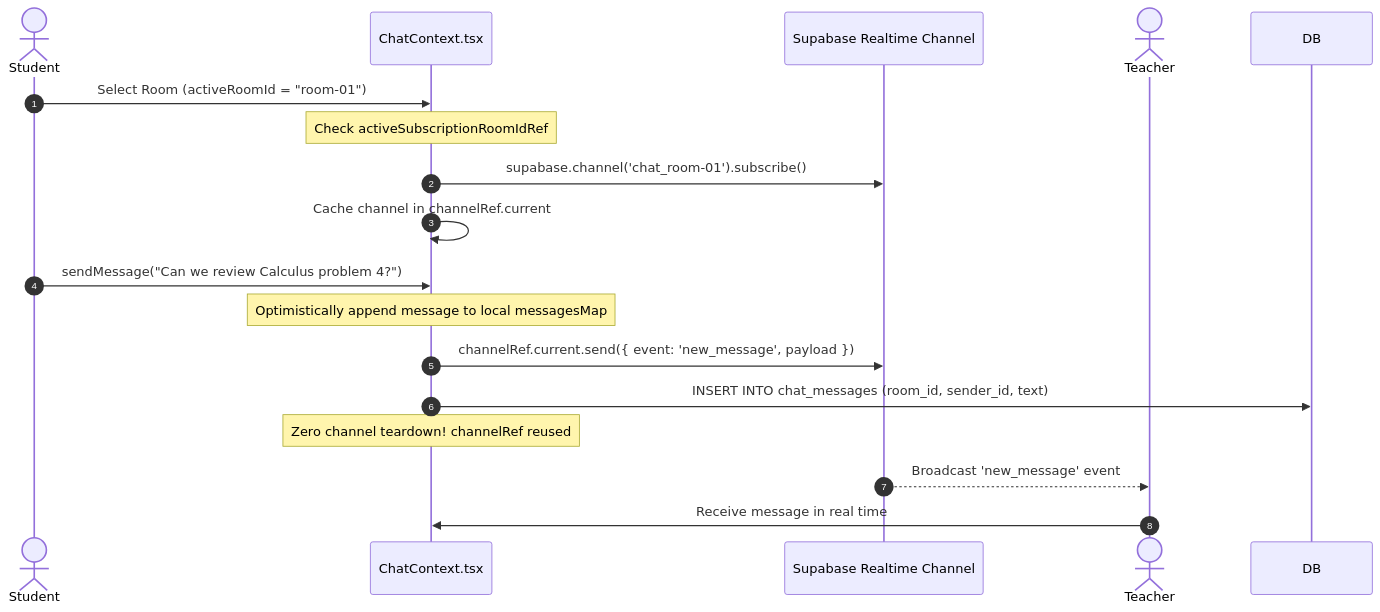
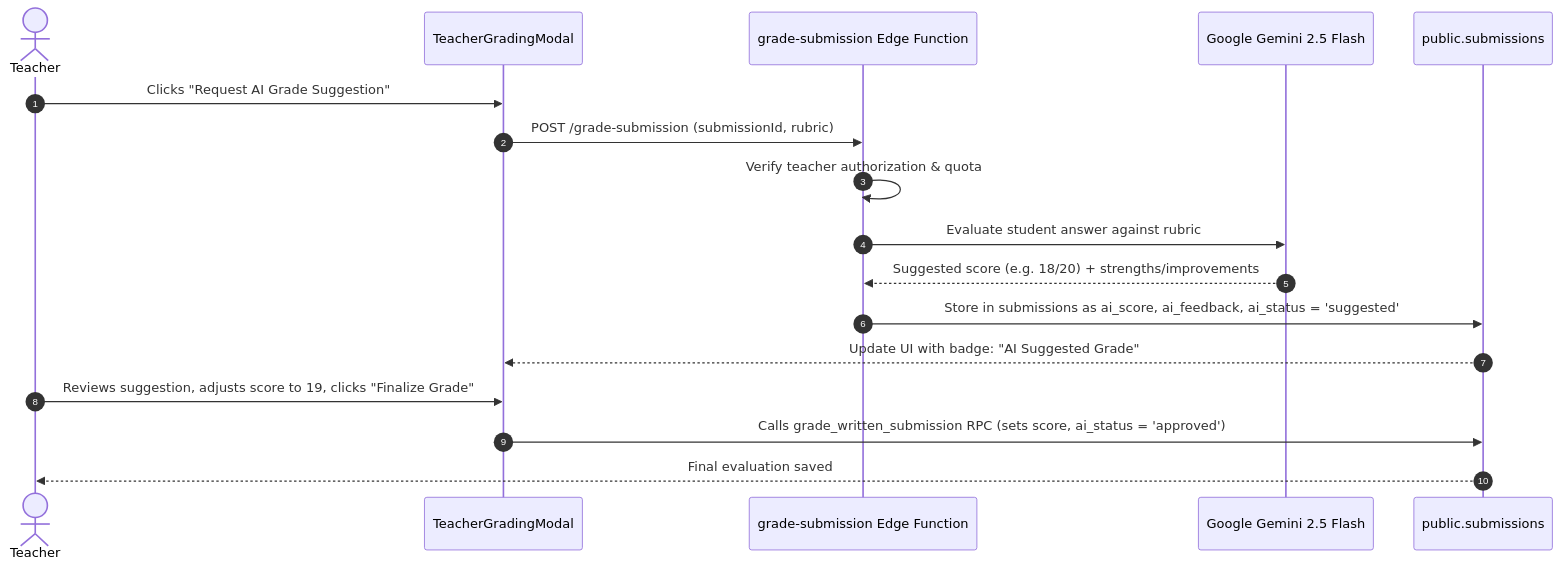
One commit to Chiragj2003/Acadly- changed the ninth of 16 diagrams in docs/ACADEMY_APPLICATION_AUDIT_REPORT.md. Above: the diagram before and after it, drawn with Mermaid. The commit also changed other lines of this file and 153 other files, not shown here.

````diff
--- a/docs/ACADEMY_APPLICATION_AUDIT_REPORT.md
+++ b/docs/ACADEMY_APPLICATION_AUDIT_REPORT.md
@@ -380,22 +547,20 @@
 ```mermaid
 sequenceDiagram
     autonumber
-    actor Alice as Student
-    participant ChatContext as ChatContext.tsx
-    participant SupabaseRT as Supabase Realtime Channel
-    actor Bob as Teacher
+    actor Teacher
+    participant UI as TeacherGradingModal
+    participant Edge as grade-submission Edge Function
+    participant Gemini as Google Gemini 2.5 Flash
+    participant DB as public.submissions
 
-    Alice->>ChatContext: Select Room (activeRoomId = "room-01")
-    Note over ChatContext: Check activeSubscriptionRoomIdRef
-    ChatContext->>SupabaseRT: supabase.channel('chat_room-01').subscribe()
-    ChatContext->>ChatContext: Cache channel in channelRef.current
-
-    Alice->>ChatContext: sendMessage("Can we review Calculus problem 4?")
-    Note over ChatContext: Optimistically append message to local messagesMap
-    ChatContext->>SupabaseRT: channelRef.current.send({ event: 'new_message', payload })
-    ChatContext->>DB: INSERT INTO chat_messages (room_id, sender_id, text)
-    Note over ChatContext: Zero channel teardown! channelRef reused
-
-    SupabaseRT-->>Bob: Broadcast 'new_message' event
-    Bob->>ChatContext: Receive message in real time
+    Teacher->>UI: Clicks "Request AI Grade Suggestion"
+    UI->>Edge: POST /grade-submission (submissionId, rubric)
+    Edge->>Edge: Verify teacher authorization & quota
+    Edge->>Gemini: Evaluate student answer against rubric
+    Gemini-->>Edge: Suggested score (e.g. 18/20) + strengths/improvements
+    Edge->>DB: Store in submissions as ai_score, ai_feedback, ai_status = 'suggested'
+    DB-->>UI: Update UI with badge: "AI Suggested Grade"
+    Teacher->>UI: Reviews suggestion, adjusts score to 19, clicks "Finalize Grade"
+    UI->>DB: Calls grade_written_submission RPC (sets score, ai_status = 'approved')
+    DB-->>Teacher: Final evaluation saved
 ```
````
